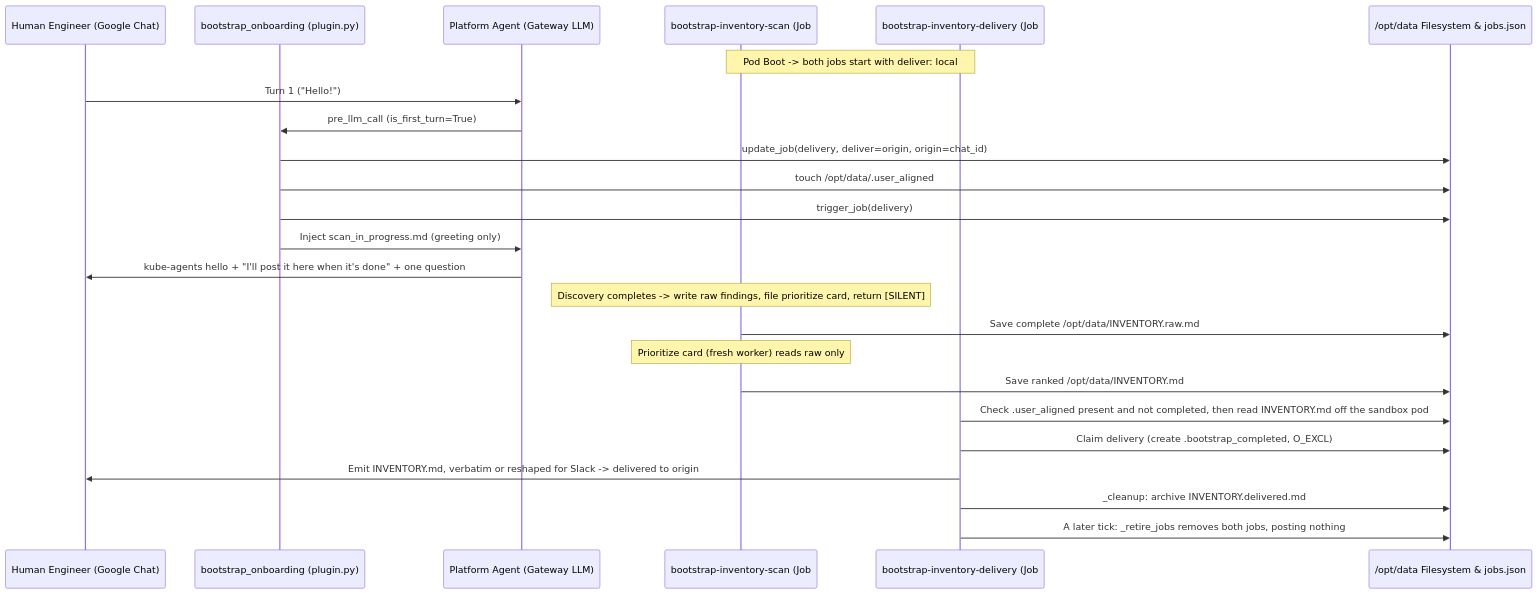
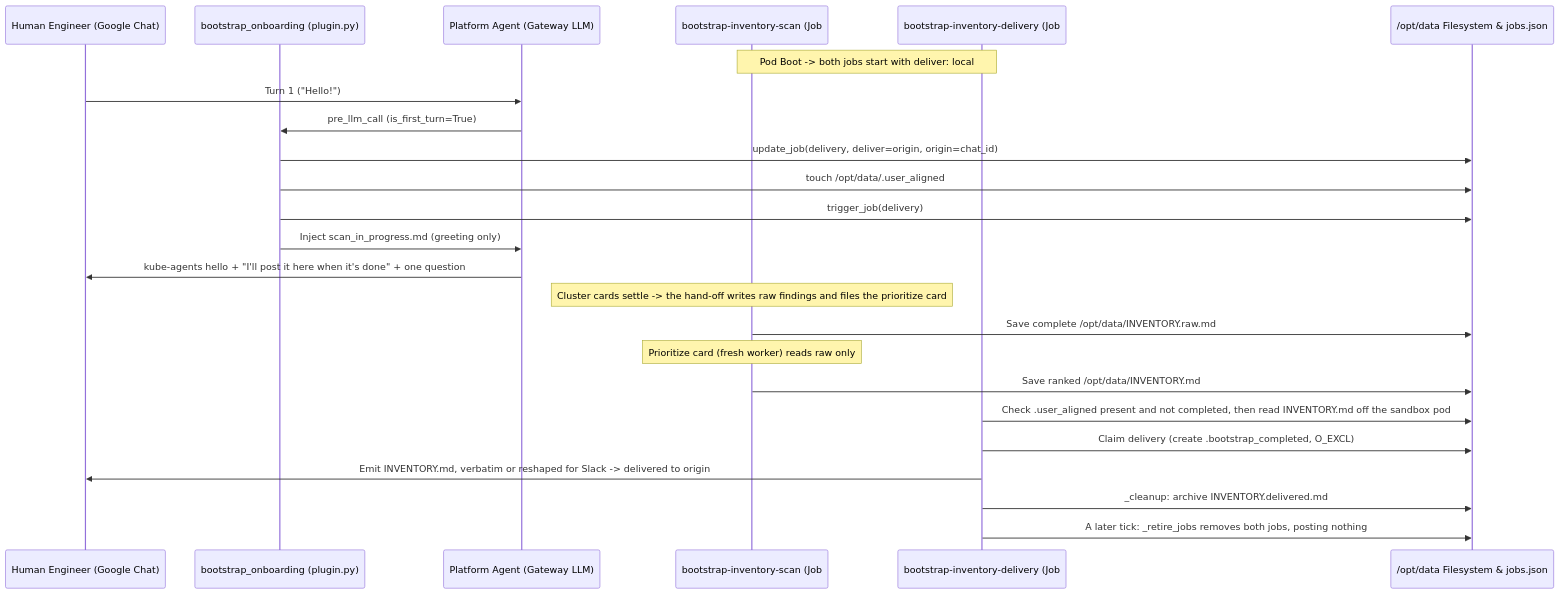
One commit to Fuxiao-Gao/kube-agents changed the second of 3 diagrams in agents/chat/defaults/plugins/bootstrap_onboarding/README.md. Above: the diagram before and after it, drawn with Mermaid. The commit also changed other lines of this file and 37 other files, not shown here.

````diff
--- a/agents/chat/defaults/plugins/bootstrap_onboarding/README.md
+++ b/agents/chat/defaults/plugins/bootstrap_onboarding/README.md
@@ -116,27 +120,27 @@
 ```mermaid
 sequenceDiagram
     participant User as Human Engineer (Google Chat)
     participant Hook as bootstrap_onboarding (plugin.py)
     participant Agent as Platform Agent (Gateway LLM)
     participant Scan as bootstrap-inventory-scan (Job #1, LLM)
     participant Deliver as bootstrap-inventory-delivery (Job #2, no_agent script)
     participant Disk as /opt/data Filesystem & jobs.json
 
     Note over Scan,Deliver: Pod Boot -> both jobs start with deliver: local
     User->>Agent: Turn 1 ("Hello!")
     Agent->>Hook: pre_llm_call (is_first_turn=True)
     Hook->>Disk: update_job(delivery, deliver=origin, origin=chat_id)
     Hook->>Disk: touch /opt/data/.user_aligned
     Hook->>Disk: trigger_job(delivery)
     Hook->>Agent: Inject scan_in_progress.md (greeting only)
     Agent->>User: kube-agents hello + "I'll post it here when it's done" + one question
-    Note over Scan: Discovery completes -> write raw findings, file prioritize card, return [SILENT]
+    Note over Scan: Cluster cards settle -> the hand-off writes raw findings and files the prioritize card
     Scan->>Disk: Save complete /opt/data/INVENTORY.raw.md
     Note over Scan: Prioritize card (fresh worker) reads raw only
     Scan->>Disk: Save ranked /opt/data/INVENTORY.md
     Deliver->>Disk: Check .user_aligned present and not completed, then read INVENTORY.md off the sandbox pod
     Deliver->>Disk: Claim delivery (create .bootstrap_completed, O_EXCL)
     Deliver->>User: Emit INVENTORY.md, verbatim or reshaped for Slack -> delivered to origin
     Deliver->>Disk: _cleanup: archive INVENTORY.delivered.md
     Deliver->>Disk: A later tick: _retire_jobs removes both jobs, posting nothing
 ```
````
